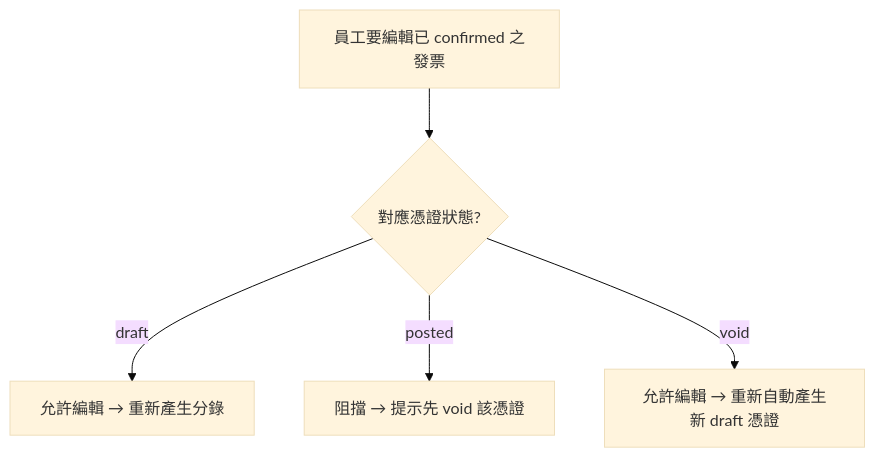
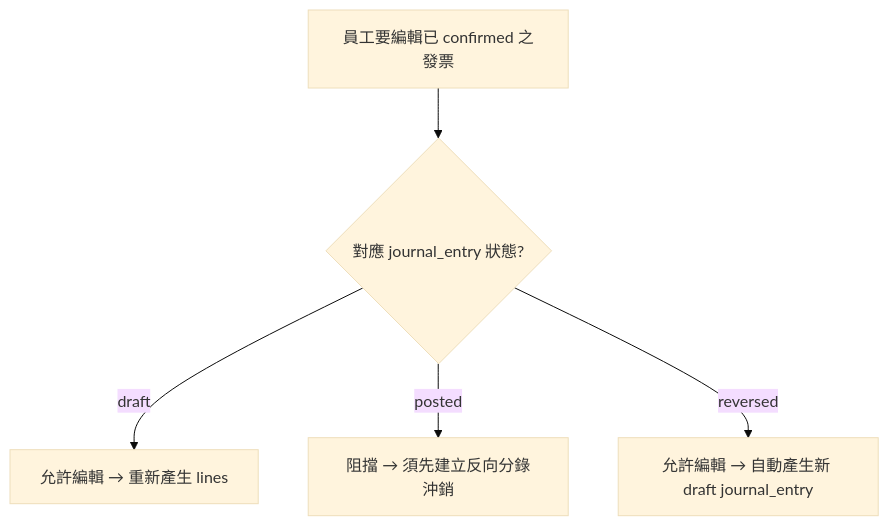
The fifth of 5 diagrams in docs/VOUCHER_JOURNAL_ENTRY_PLAN.md (angineering-co/ai-accounting-app), drawn with Mermaid (base theme) before and after one commit. The commit also changed other lines of this file and 1 other file, not shown here.

First line of the commit message:
Restructure voucher/journal entry plan around documents+entries+lines

````diff
--- a/docs/VOUCHER_JOURNAL_ENTRY_PLAN.md
+++ b/docs/VOUCHER_JOURNAL_ENTRY_PLAN.md
@@ -268,7 +360,7 @@
 ```mermaid
 flowchart TD
-  A[員工要編輯已 confirmed 之發票] --> B{對應憑證狀態?}
-  B -->|draft| C[允許編輯 → 重新產生分錄]
-  B -->|posted| D[阻擋 → 提示先 void 該憑證]
-  B -->|void| E[允許編輯 → 重新自動產生新 draft 憑證]
+  A[員工要編輯已 confirmed 之發票] --> B{對應 journal_entry 狀態?}
+  B -->|draft| C[允許編輯 → 重新產生 lines]
+  B -->|posted| D[阻擋 → 須先建立反向分錄沖銷]
+  B -->|reversed| E[允許編輯 → 自動產生新 draft journal_entry]
 ```
````
